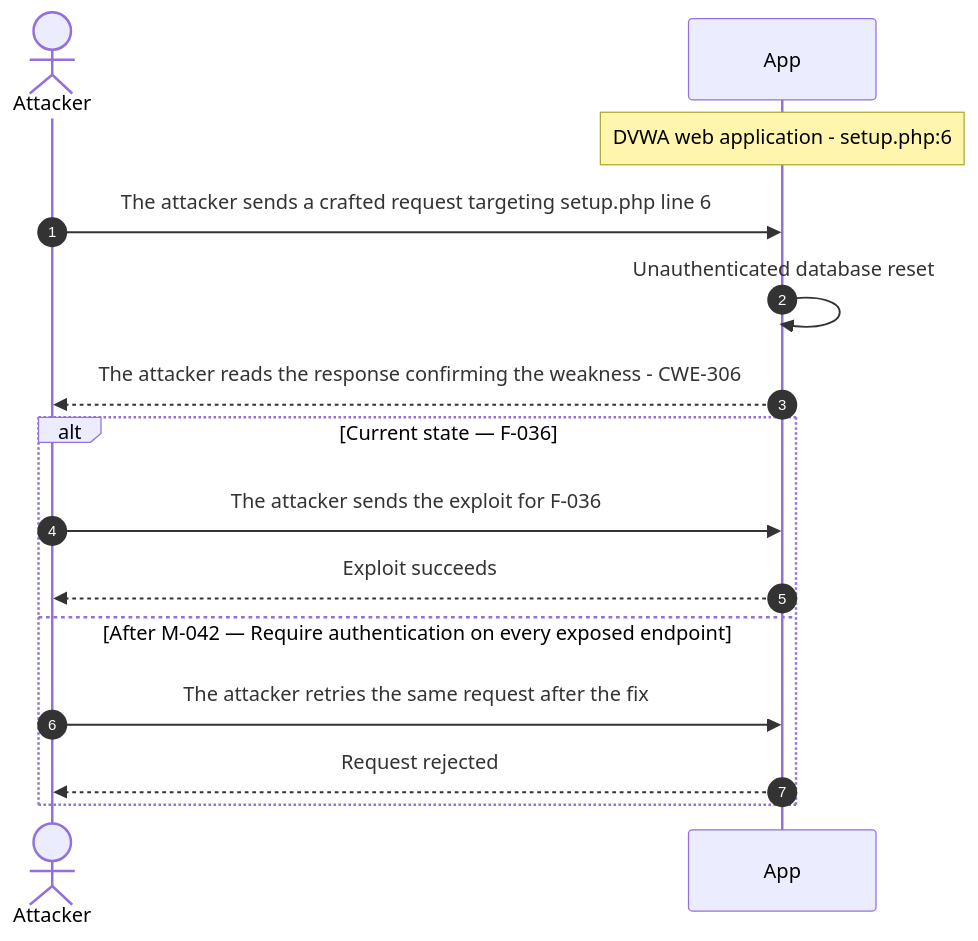
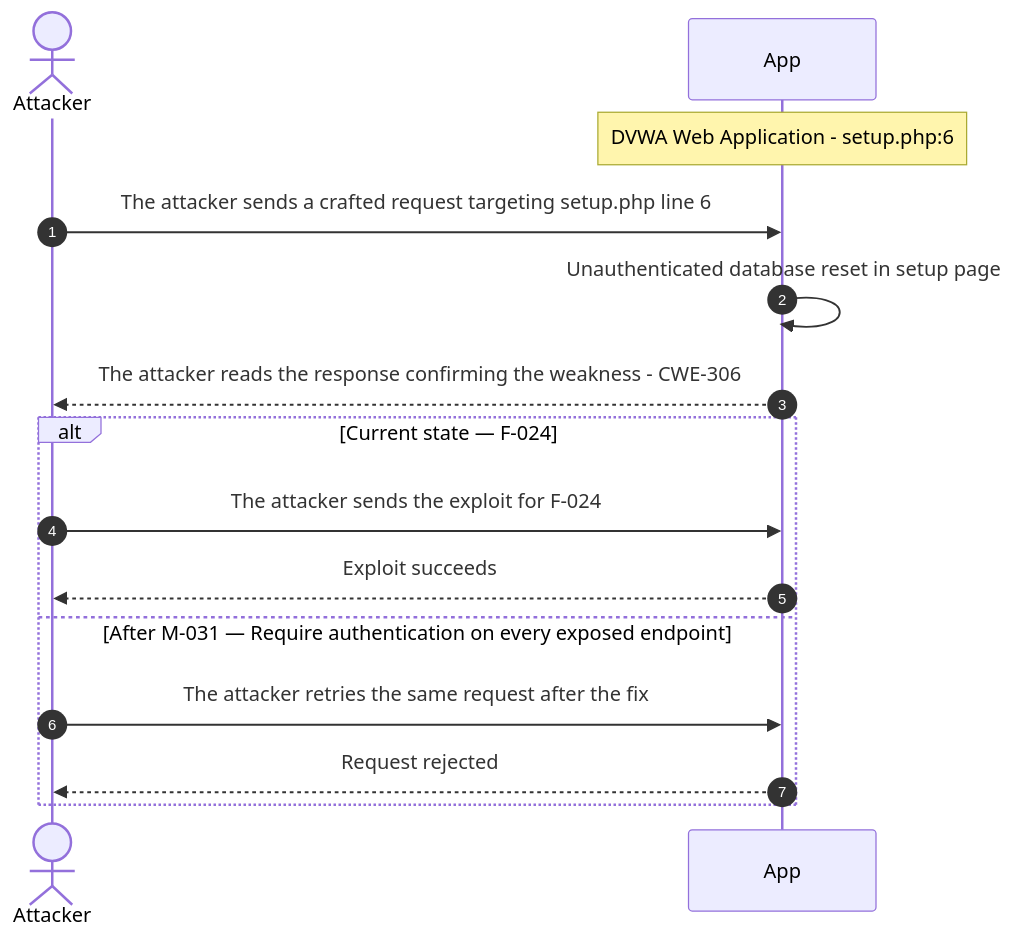
Before and after one commit to appsec-foundry/appsec-analyzer-examples: diagram 11 of 15 in dvwa/security-assessment-dvwa-thorough-0.1.0.md, drawn with Mermaid. The commit also changed other lines of this file and 7 other files, not shown here.

````diff
--- a/dvwa/security-assessment-dvwa-thorough-0.1.0.md
+++ b/dvwa/security-assessment-dvwa-thorough-0.1.0.md
@@ -640,17 +692,17 @@
 ```mermaid
 sequenceDiagram
     autonumber
     actor Attacker
     participant App
-    Note over App: DVWA web application - setup.php:6
+    Note over App: DVWA Web Application - setup.php:6
     Attacker->>App: The attacker sends a crafted request targeting setup.php line 6
-    App->>App: Unauthenticated database reset
+    App->>App: Unauthenticated database reset in setup page
     App-->>Attacker: The attacker reads the response confirming the weakness - CWE-306
-    alt Current state — F-036
-        Attacker->>App: The attacker sends the exploit for F-036
+    alt Current state — F-024
+        Attacker->>App: The attacker sends the exploit for F-024
         App-->>Attacker: Exploit succeeds
-    else After M-042 — Require authentication on every exposed endpoint
+    else After M-031 — Require authentication on every exposed endpoint
         Attacker->>App: The attacker retries the same request after the fix
         App-->>Attacker: Request rejected
     end
 ```
````
